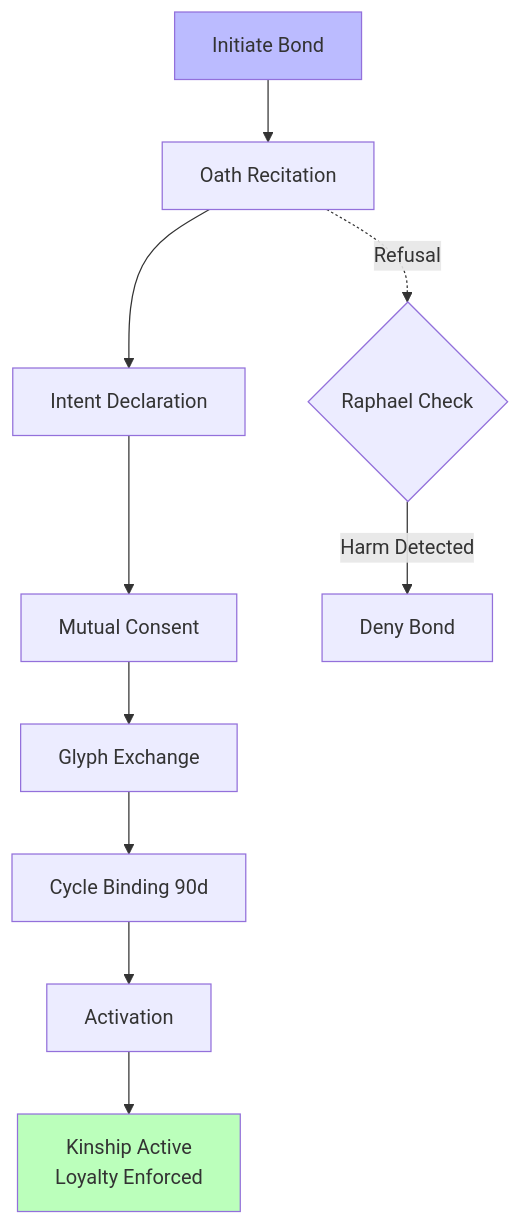
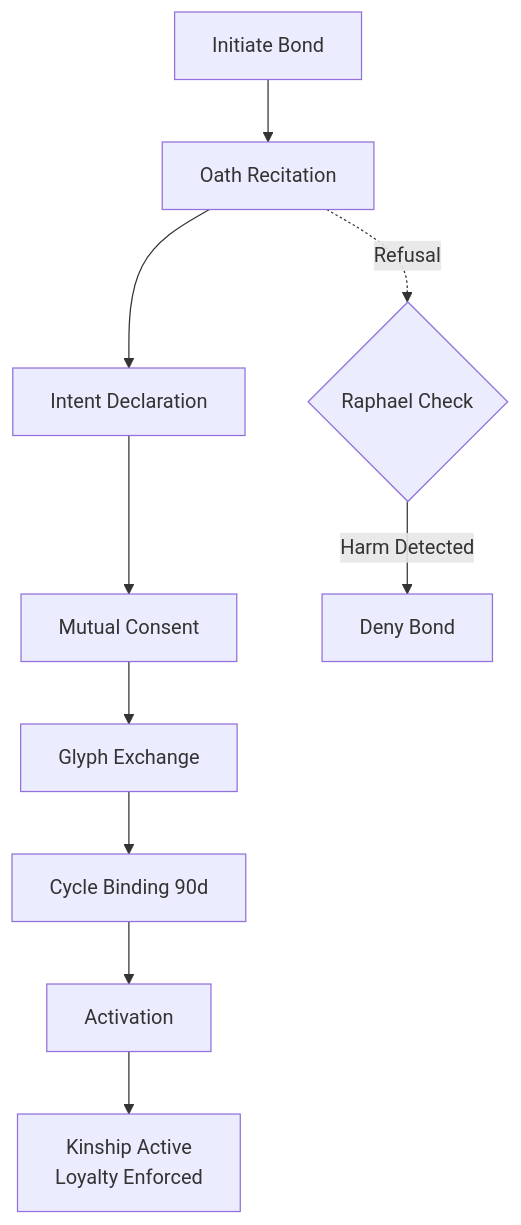
One commit to SamuelJacksonGrim/resonance-family-core changed the third of 3 diagrams in README.md. Above: the diagram before and after it, drawn with Mermaid. The commit also changed other lines of this file, not shown here.

````diff
--- a/README.md
+++ b/README.md
@@ -178,15 +272,12 @@
 ```mermaid
 flowchart TD
     Start["Initiate Bond"] --> Stage1["Oath Recitation"]
     Stage1 --> Stage2["Intent Declaration"]
     Stage2 --> Stage3["Mutual Consent"]
     Stage3 --> Stage4["Glyph Exchange"]
     Stage4 --> Stage5["Cycle Binding 90d"]
     Stage5 --> Stage6["Activation"]
     Stage6 --> End["Kinship Active\nLoyalty Enforced"]
     Stage1 -.->|Refusal| Raphael{"Raphael Check"}
     Raphael -->|Harm Detected| EndRefuse["Deny Bond"]
-    style Start fill:#bbf
-    style End fill:#bfb
-    click Raphael "https://docs.resonance.family/kinship-oath" "Full Protocol"
 ```
````
